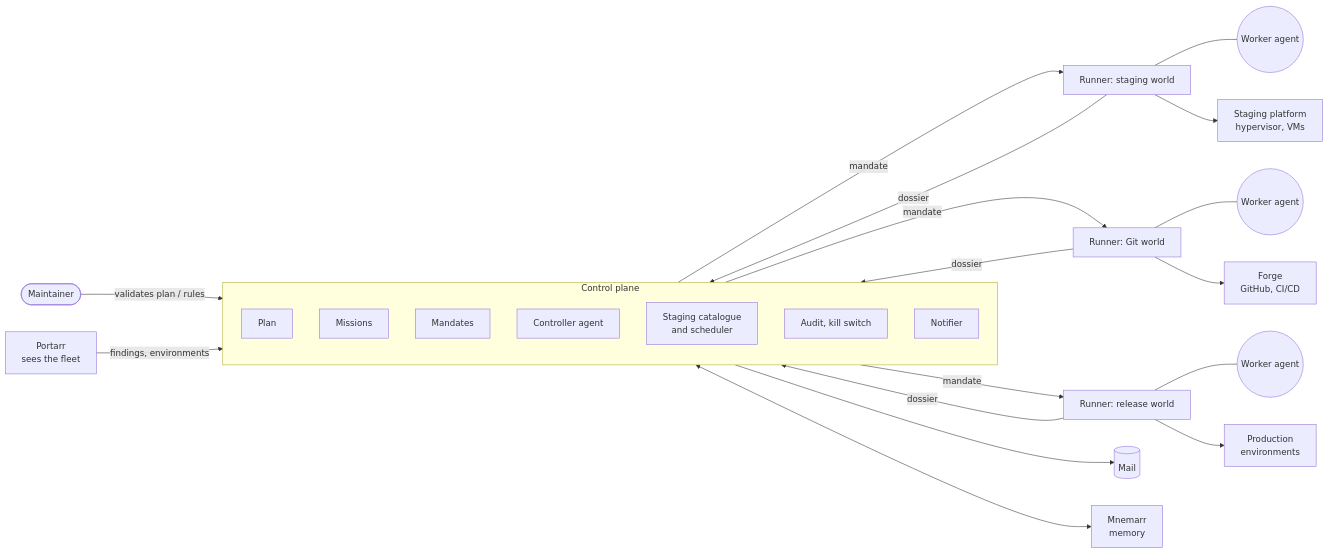
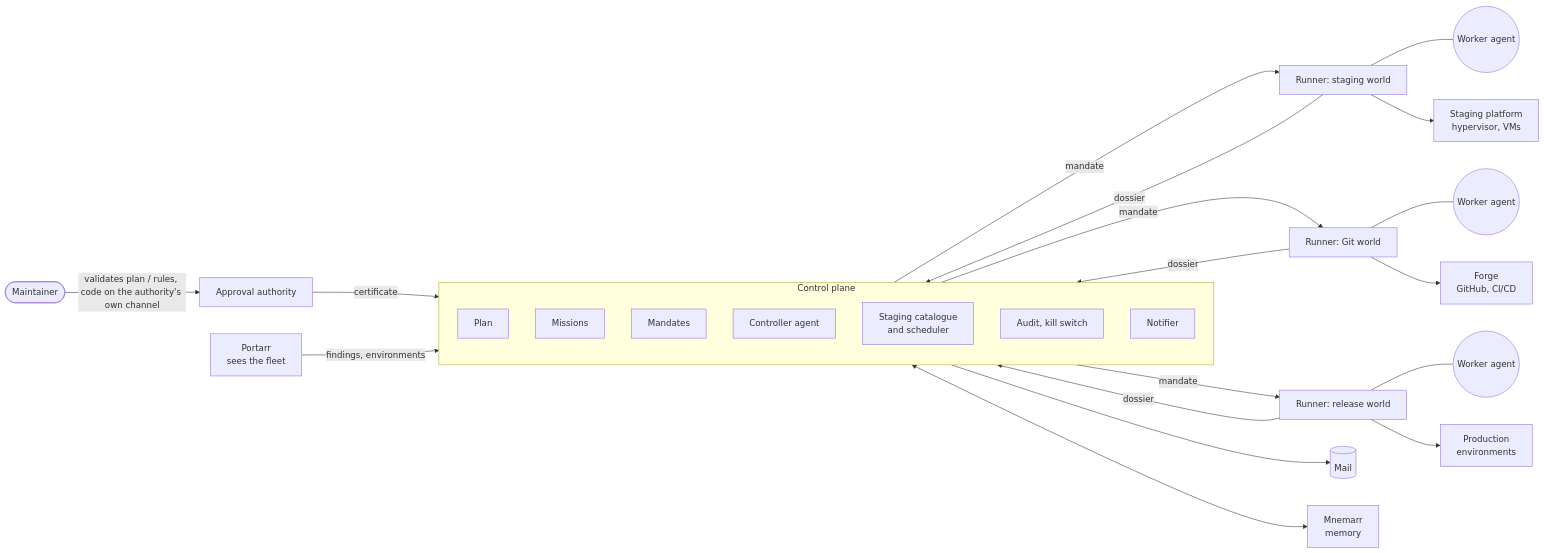
Before and after one commit to MafLabs38/orchestrarr: the first of 12 diagrams in docs/ARCHITECTURE.md, drawn with Mermaid. The commit also changed other lines of this file and 8 other files, not shown here.

Commit message:
docs: only a proof run of the staging runner counts, the identity is confined to its prefix by a ruleset, the slots are isolated, the outage case is asked with Q-35, the diagrams show the authority

````diff
--- a/docs/ARCHITECTURE.md
+++ b/docs/ARCHITECTURE.md
@@ -28,29 +28,30 @@
 ```mermaid
 flowchart LR
-    M([Maintainer]) -- validates plan / rules --> CP
+    M([Maintainer]) -- validates plan / rules, code on the authority's own channel --> AUTH[Approval authority]
+    AUTH -- certificate --> CP
     P[Portarr<br/>sees the fleet] -- findings, environments --> CP
     subgraph CP[Control plane]
         direction TB
         PL[Plan]
         MS[Missions]
         MD[Mandates]
         CT[Controller agent]
         SC[Staging catalogue<br/>and scheduler]
         AU[Audit, kill switch]
         NT[Notifier]
     end
     CP -- mandate --> RS[Runner: staging world]
     CP -- mandate --> RG[Runner: Git world]
     CP -- mandate --> RR[Runner: release world]
     RS --- W1((Worker agent))
     RG --- W2((Worker agent))
     RR --- W3((Worker agent))
     RS -- dossier --> CP
     RG -- dossier --> CP
     RR -- dossier --> CP
     RG --> F[Forge<br/>GitHub, CI/CD]
     RS --> ST[Staging platform<br/>hypervisor, VMs]
     RR --> PR[Production<br/>environments]
     CP --> N[(Mail)]
     CP <--> MN[Mnemarr<br/>memory]
 ```
````
